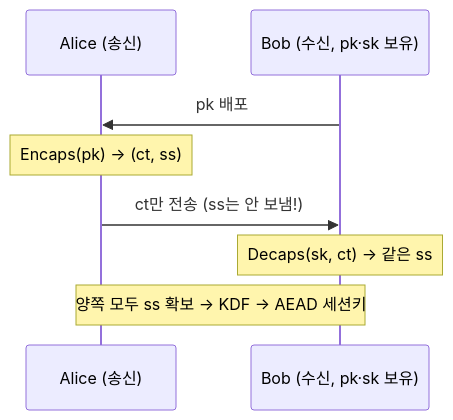
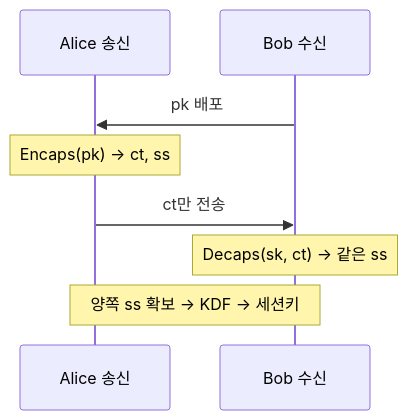
One commit to KMUTMU/information-security changed the second of 6 diagrams in 06_공개키암호_정리.md. Above: the diagram before and after it, drawn with Mermaid. The commit also changed other lines of this file and 5 other files, not shown here.

Commit message:
Mermaid 다이어그램 가독성 개선: 짧은 라벨·이모지 제거·색상 최소화

````diff
--- a/06_공개키암호_정리.md
+++ b/06_공개키암호_정리.md
@@ -62,10 +60,10 @@
 ```mermaid
 sequenceDiagram
-    participant A as Alice (송신)
-    participant B as Bob (수신, pk·sk 보유)
+    participant A as Alice 송신
+    participant B as Bob 수신
     B->>A: pk 배포
-    Note over A: Encaps(pk) → (ct, ss)
-    A->>B: ct만 전송 (ss는 안 보냄!)
+    Note over A: Encaps(pk) → ct, ss
+    A->>B: ct만 전송
     Note over B: Decaps(sk, ct) → 같은 ss
-    Note over A,B: 양쪽 모두 ss 확보 → KDF → AEAD 세션키
+    Note over A,B: 양쪽 ss 확보 → KDF → 세션키
 ```
````
